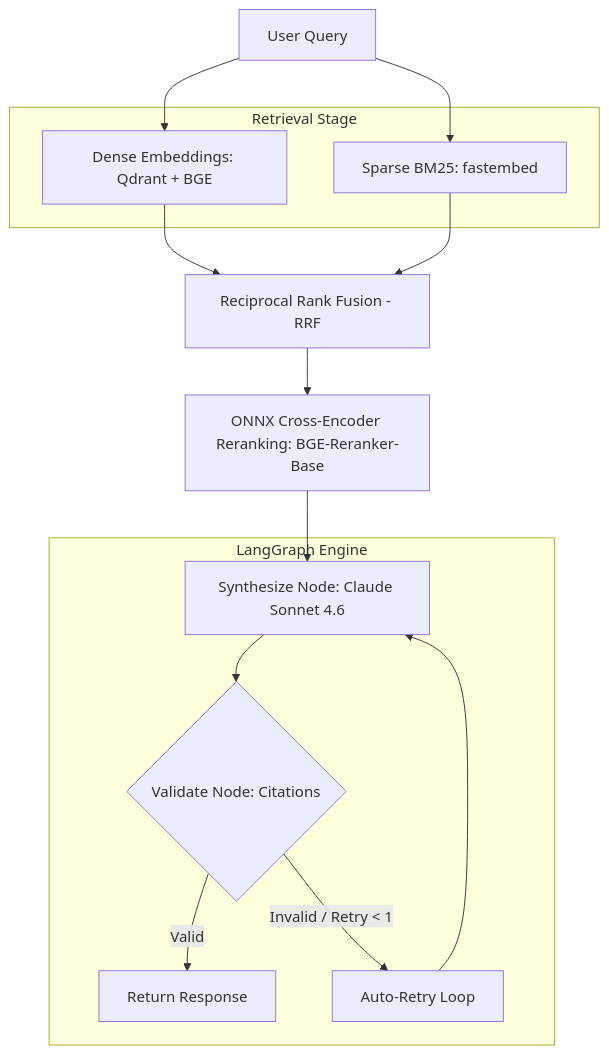
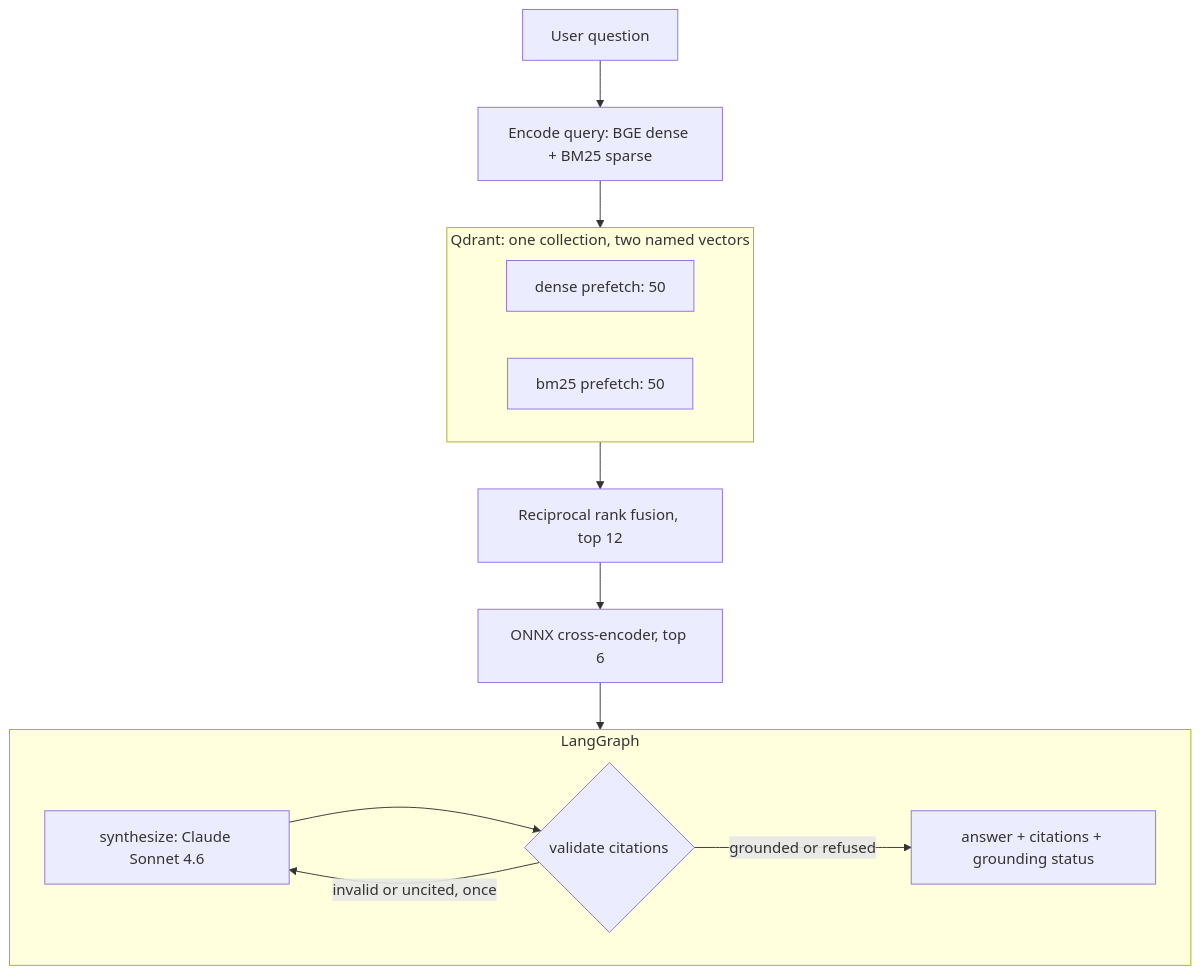
One commit to momtazularefin/retrievault changed the diagram in docs/architecture.md. Above: the diagram before and after it, drawn with Mermaid. The commit also changed other lines of this file and 73 other files, not shown here.

````diff
--- a/docs/architecture.md
+++ b/docs/architecture.md
@@ -11,21 +13,20 @@
 ```mermaid
 graph TD
-    Query[User Query] --> Dense[Dense Embeddings: Qdrant + BGE]
-    Query --> Sparse[Sparse BM25: fastembed]
-    
-    subgraph Retrieval [Retrieval Stage]
-        Dense
-        Sparse
+    Query[User question] --> Encode[Encode query: BGE dense + BM25 sparse]
+    Encode --> Qdrant[Qdrant Query API]
+
+    subgraph Qdrant [Qdrant: one collection, two named vectors]
+        Dense[dense prefetch: 50]
+        Sparse[bm25 prefetch: 50]
     end
-    
-    Dense --> Fusion[Reciprocal Rank Fusion - RRF]
-    Sparse --> Fusion
-    Fusion --> Rerank[ONNX Cross-Encoder Reranking: BGE-Reranker-Base]
-    Rerank --> Synth[Synthesize Node: Claude Sonnet 4.6]
-    
-    subgraph Graph [LangGraph Engine]
-        Synth --> Validate{Validate Node: Citations}
-        Validate -- Valid --> Out[Return Response]
-        Validate -- "Invalid / Retry < 1" --> Retry[Auto-Retry Loop] --> Synth
+
+    Qdrant --> Fusion[Reciprocal rank fusion, top 12]
+    Fusion --> Rerank[ONNX cross-encoder, top 6]
+    Rerank --> Graph[LangGraph synthesis]
+
+    subgraph Graph [LangGraph]
+        Synth[synthesize: Claude Sonnet 4.6] --> Validate{validate citations}
+        Validate -- grounded or refused --> Out[answer + citations + grounding status]
+        Validate -- invalid or uncited, once --> Synth
     end
 ```
````
